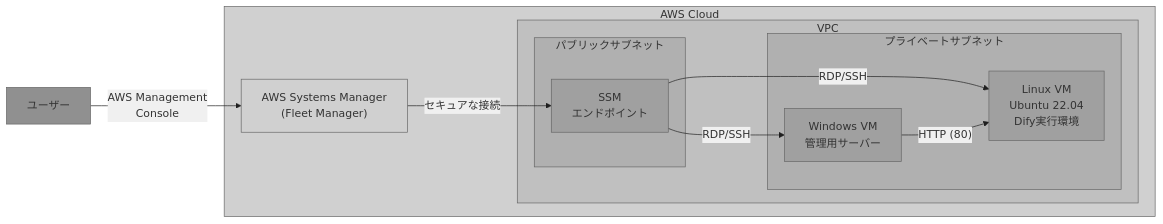
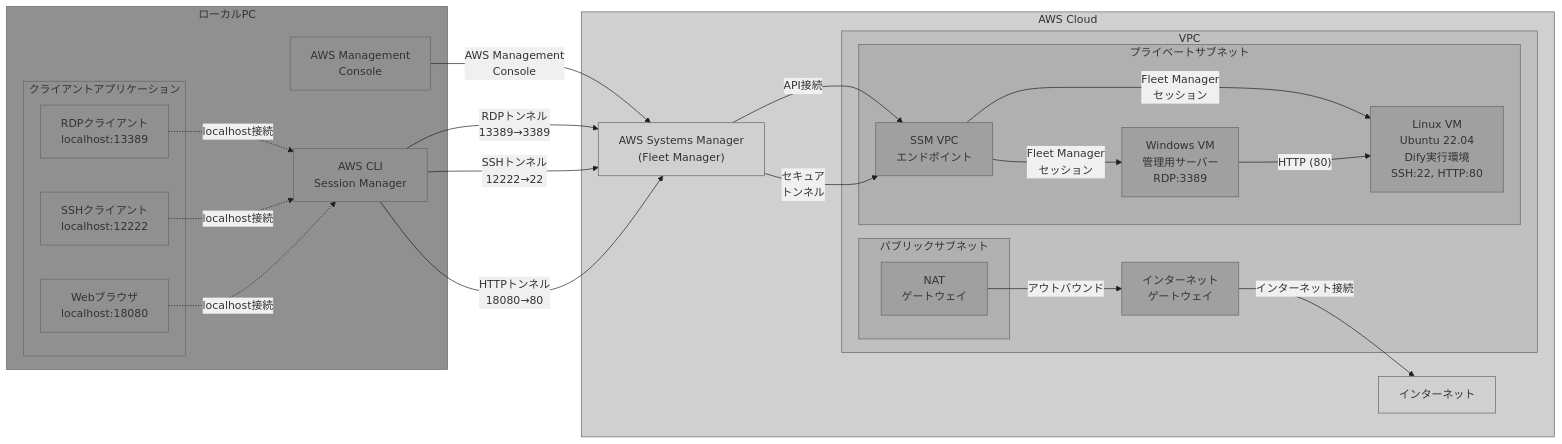
Before and after one commit to t-tkm/VibeCodingSample-AWS-CKD: the first of 2 diagrams in README.md, drawn with Mermaid. The commit also changed other lines of this file, not shown here.

Commit message:
README.mdのアーキテクチャ図を大幅改善
- Mermaid図表の改行文字を\nから<br/>に修正（可読性向上）
- SSMエンドポイントをプライベートサブネットに正しく配置
- インターネットゲートウェイをVPCレベルに追加
- SSMポートフォワードトンネルセッション機能を統合
- ローカルPCからのRDP/SSH/HTTP接続パターンを視覚化
- 全図表のスタイルとカラーパレットを統一
- 実際のAWSインフラ構成との整合性を確保

````diff
--- a/README.md
+++ b/README.md
@@ -161,39 +161,67 @@
 ```mermaid
 %%{init: {'theme': 'base', 'themeVariables': { 'primaryColor': '#f0f0f0', 'primaryBorderColor': '#666', 'primaryTextColor': '#333', 'background': '#e0e0e0' }}}%%
 graph LR
+    subgraph LocalPC["ローカルPC"]
+        subgraph ClientApps["クライアントアプリケーション"]
+            RDPClient["RDPクライアント<br/>localhost:13389"]
+            SSHClient["SSHクライアント<br/>localhost:12222"]
+            Browser["Webブラウザ<br/>localhost:18080"]
+        end
+        AWSCli["AWS CLI<br/>Session Manager"]
+        WebConsole["AWS Management<br/>Console"]
+    end
+    
     subgraph AWS["AWS Cloud"]
         subgraph VPC["VPC"]
+            IGW["インターネット<br/>ゲートウェイ"]
+            
             subgraph PrivateSubnet["プライベートサブネット"]
-                WinVM["Windows VM\n管理用サーバー"]
-                LinuxVM["Linux VM\nUbuntu 22.04\nDify実行環境"]
+                WinVM["Windows VM<br/>管理用サーバー<br/>RDP:3389"]
+                LinuxVM["Linux VM<br/>Ubuntu 22.04<br/>Dify実行環境<br/>SSH:22, HTTP:80"]
+                SSMEndpoint["SSM VPC<br/>エンドポイント"]
             end
             
             subgraph PublicSubnet["パブリックサブネット"]
-                SSMEndpoint["SSM\nエンドポイント"]
+                NAT["NAT<br/>ゲートウェイ"]
             end
         end
         
-        SSM["AWS Systems Manager\n(Fleet Manager)"]
+        SSM["AWS Systems Manager<br/>(Fleet Manager)"]
+        Internet["インターネット"]
     end
     
-    User["ユーザー"]
+    %% Management Console接続
+    WebConsole -->|"AWS Management<br/>Console"| SSM
+    SSM -->|"API接続"| SSMEndpoint
+    SSMEndpoint -->|"Fleet Manager<br/>セッション"| WinVM
+    SSMEndpoint -->|"Fleet Manager<br/>セッション"| LinuxVM
     
-    User -->|"AWS Management\nConsole"| SSM
-    SSM -->|"セキュアな接続"| SSMEndpoint
-    SSMEndpoint -->|"RDP/SSH"| WinVM
-    SSMEndpoint -->|"RDP/SSH"| LinuxVM
+    %% ポートフォワード接続
+    RDPClient -.->|"localhost接続"| AWSCli
+    SSHClient -.->|"localhost接続"| AWSCli
+    Browser -.->|"localhost接続"| AWSCli
+    
+    AWSCli -->|"RDPトンネル<br/>13389→3389"| SSM
+    AWSCli -->|"SSHトンネル<br/>12222→22"| SSM
+    AWSCli -->|"HTTPトンネル<br/>18080→80"| SSM
+    
+    SSM -->|"セキュア<br/>トンネル"| SSMEndpoint
+    
+    %% 内部通信とアウトバウンド
     WinVM -->|"HTTP (80)"| LinuxVM
+    NAT -->|"アウトバウンド"| IGW
+    IGW -->|"インターネット接続"| Internet
     
     classDef default fill:#e0e0e0,stroke:#666,color:#333
     classDef aws fill:#d0d0d0,stroke:#666,color:#333
     classDef vpc fill:#c0c0c0,stroke:#666,color:#333
     classDef subnet fill:#b0b0b0,stroke:#666,color:#333
     classDef vm fill:#a0a0a0,stroke:#666,color:#333
-    classDef user fill:#909090,stroke:#666,color:#333
+    classDef client fill:#909090,stroke:#666,color:#333
     
-    class AWS,SSM aws;
+    class AWS,SSM,Internet aws;
     class VPC vpc;
     class PrivateSubnet,PublicSubnet subnet;
-    class WinVM,LinuxVM,SSMEndpoint vm;
-    class User user;
+    class WinVM,LinuxVM,SSMEndpoint,NAT,IGW vm;
+    class LocalPC,AWSCli,RDPClient,SSHClient,Browser,ClientApps,WebConsole client;
 ```
````
